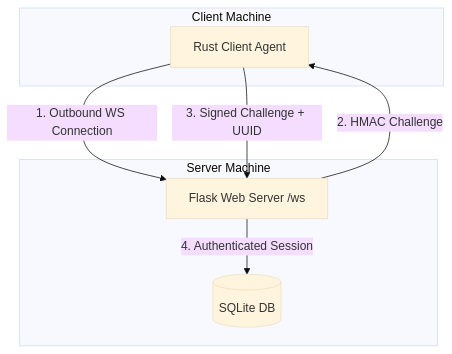
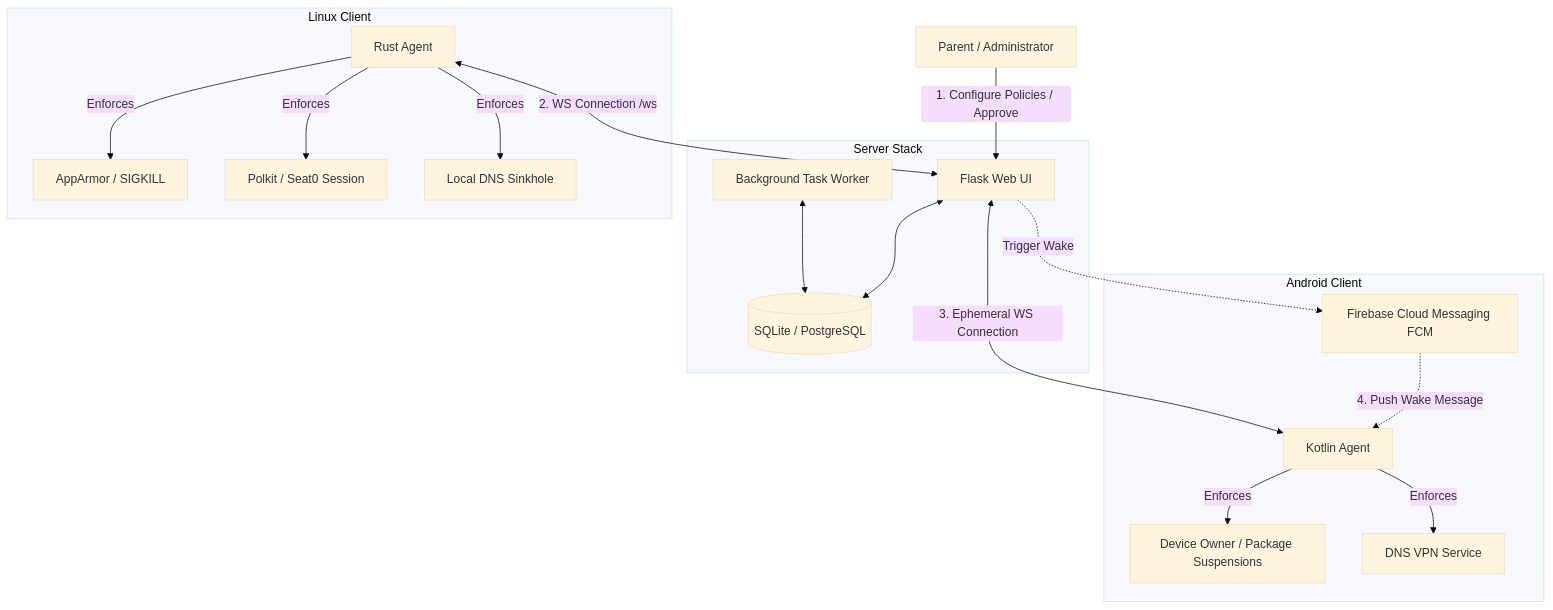
One commit to pantherale0/timekpr-webui changed the diagram in README.md. Above: the diagram before and after it, drawn with Mermaid (base theme). The commit also changed other lines of this file and 2 other files, not shown here.

Commit message:
feat: update project documentation to reflect multi-platform support for Linux and Android agents

````diff
--- a/README.md
+++ b/README.md
@@ -29,14 +11,21 @@
 ```mermaid
 graph TD
-    subgraph Client Machine
-        Agent[Rust Client Agent]
+    Parent[Parent / Administrator] -->|1. Configure Policies / Approve| WebUI[Flask Web UI]
+    subgraph Server Stack
+        WebUI <--> DB[(SQLite / PostgreSQL)]
+        Worker[Background Task Worker] <--> DB
     end
-    subgraph Server Machine
-        Server[Flask Web Server /ws]
-        DB[(SQLite DB)]
+    subgraph Linux Client
+        RustAgent[Rust Agent] <-->|2. WS Connection /ws| WebUI
+        RustAgent -->|Enforces| AppArmor[AppArmor / SIGKILL]
+        RustAgent -->|Enforces| Polkit[Polkit / Seat0 Session]
+        RustAgent -->|Enforces| LinuxDNS[Local DNS Sinkhole]
     end
-    Agent -->|1. Outbound WS Connection| Server
-    Server -->|2. HMAC Challenge| Agent
-    Agent -->|3. Signed Challenge + UUID| Server
-    Server -->|4. Authenticated Session| DB
+    subgraph Android Client
+        KotlinAgent[Kotlin Agent] <-->|3. Ephemeral WS Connection| WebUI
+        Firebase[Firebase Cloud Messaging FCM] -.->|4. Push Wake Message| KotlinAgent
+        WebUI -.->|Trigger Wake| Firebase
+        KotlinAgent -->|Enforces| DeviceOwner[Device Owner / Package Suspensions]
+        KotlinAgent -->|Enforces| AndroidVPN[DNS VPN Service]
+    end
 ```
````
